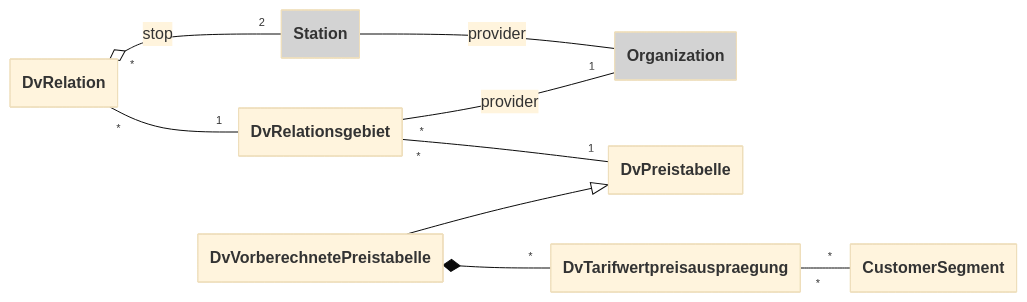
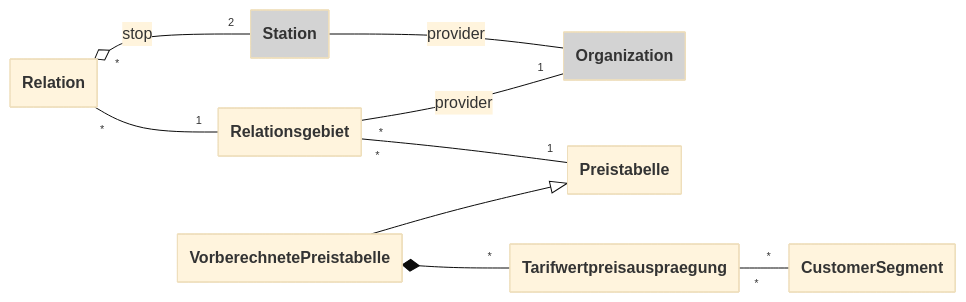
Before and after one commit to zazuko/opentransportdata-swiss: the third of 3 diagrams in datamodel.md, drawn with Mermaid (base theme). The commit also changed other lines of this file and 18 other files, not shown here.

First line of the commit message:
schema refactoring

````diff
--- a/datamodel.md
+++ b/datamodel.md
@@ -74,24 +74,24 @@
 ```mermaid
 ---
   config:
     class:
       hideEmptyMembersBox: true
 ---
 classDiagram
     direction LR
-    DvRelationsgebiet "*" -- "1" Organization : provider
-    DvRelationsgebiet "*" -- "1" DvPreistabelle    
+    Relationsgebiet "*" -- "1" Organization : provider
+    Relationsgebiet "*" -- "1" Preistabelle    
 
-    DvRelation "*" o-- "2" Station : stop
-    DvRelation "*" -- "1" DvRelationsgebiet
+    Relation "*" o-- "2" Station : stop
+    Relation "*" -- "1" Relationsgebiet
 
     Station -- Organization : provider
     
-    DvVorberechnetePreistabelle --|> DvPreistabelle
-    DvVorberechnetePreistabelle  *-- "*" DvTarifwertpreisauspraegung
+    VorberechnetePreistabelle --|> Preistabelle
+    VorberechnetePreistabelle  *-- "*" Tarifwertpreisauspraegung
 
-    DvTarifwertpreisauspraegung "*" -- "*" CustomerSegment
+    Tarifwertpreisauspraegung "*" -- "*" CustomerSegment
 
     style Station fill:lightgray
     style Organization fill:lightgray
 ```
````
